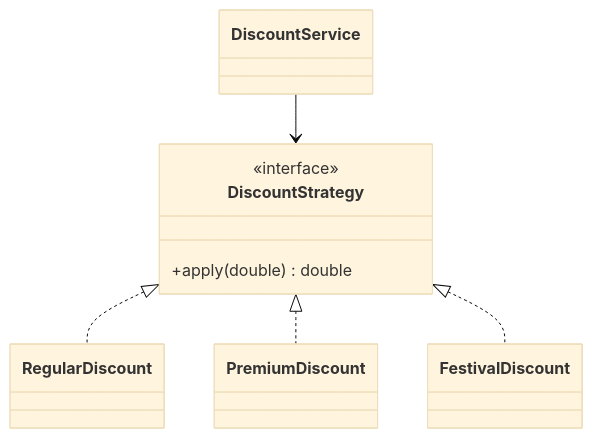
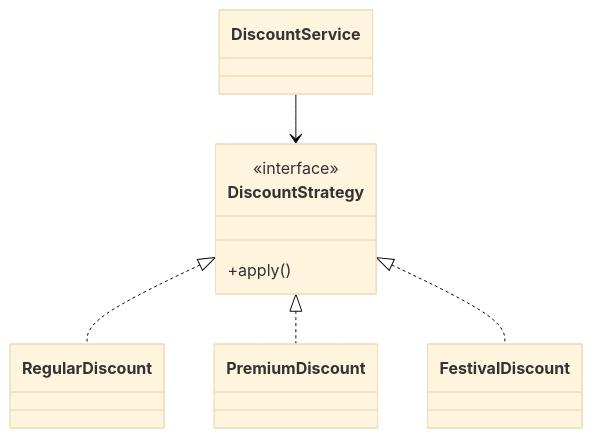
Before and after one commit to sandeepbhardwaj/sandeepbhardwaj.github.io: the diagram in _posts/2025-12-13-strategy-pattern-java-discount-engine.md, drawn with Mermaid (base theme). The commit also changed 85 other files, not shown here.

Commit message:
mermaid flow chart fixes

````diff
--- a/_posts/2025-12-13-strategy-pattern-java-discount-engine.md
+++ b/_posts/2025-12-13-strategy-pattern-java-discount-engine.md
@@ -55,15 +55,15 @@
 ```mermaid
 classDiagram
     class DiscountStrategy {
       <<interface>>
-      +apply(double) double
+      +apply()
     }
     class RegularDiscount
     class PremiumDiscount
     class FestivalDiscount
     class DiscountService
     DiscountStrategy <|.. RegularDiscount
     DiscountStrategy <|.. PremiumDiscount
     DiscountStrategy <|.. FestivalDiscount
     DiscountService --> DiscountStrategy
 ```
````
